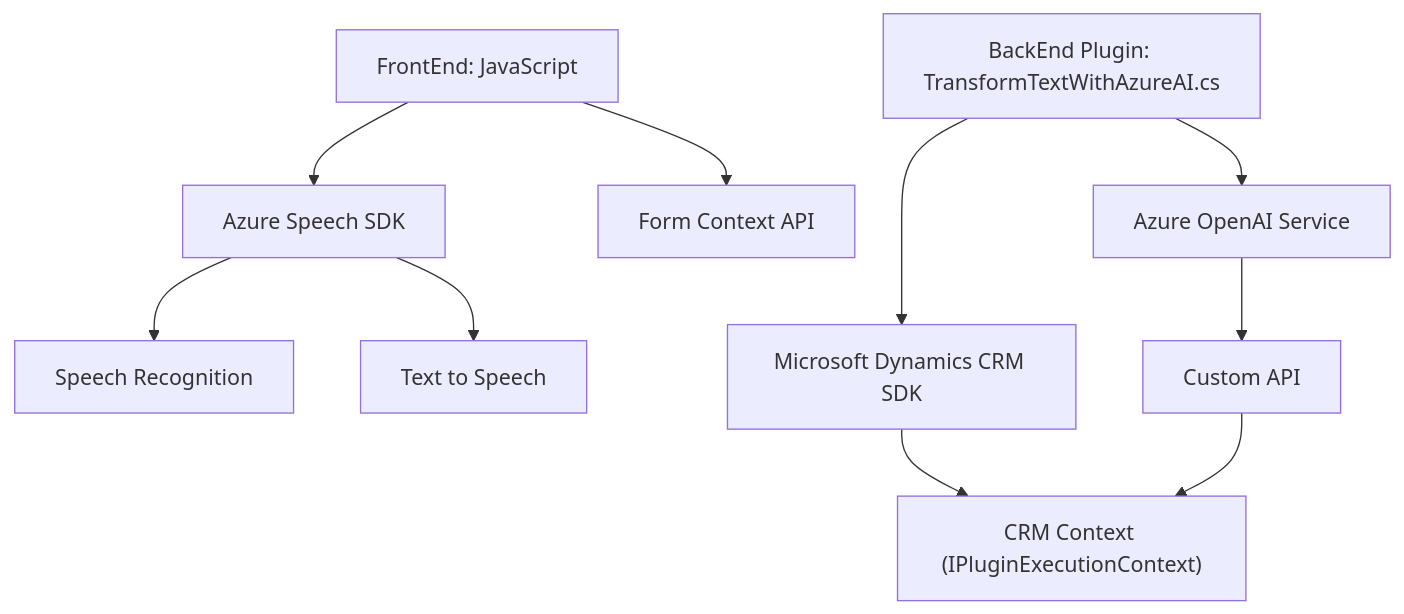
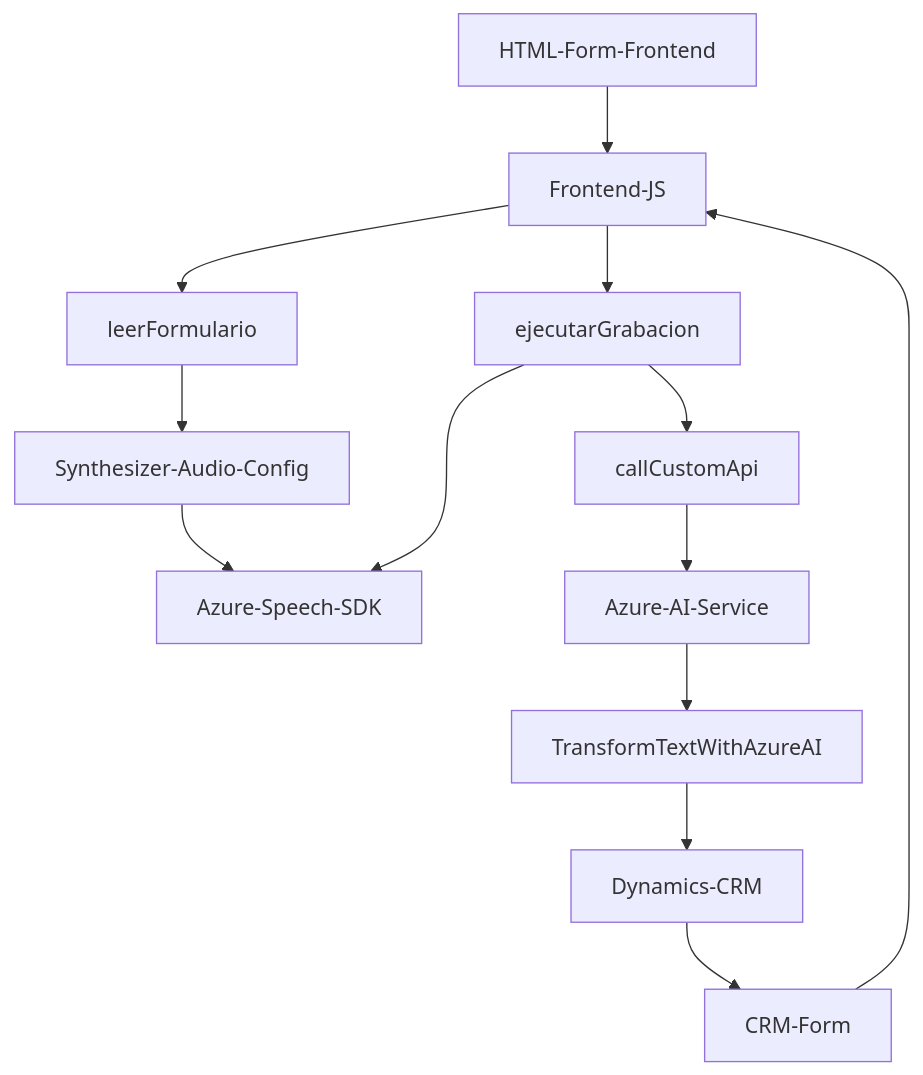
Before and after one commit to blopezdm/NETCORE_BILBAO2025: the diagram in README.md, drawn with Mermaid. The commit also changed other lines of this file, not shown here.

````diff
--- a/README.md
+++ b/README.md
@@ -40,13 +38,15 @@
 ```mermaid
 graph TD
-    A["FrontEnd: JavaScript"] --> B["Azure Speech SDK"]
-    A --> C["Form Context API"]
-    B --> D["Speech Recognition"]
-    B --> E["Text to Speech"]
-    F["BackEnd Plugin: TransformTextWithAzureAI.cs"]
-    F --> G["Microsoft Dynamics CRM SDK"]
-    F --> I["Azure OpenAI Service"]
-    G --> J["CRM Context (IPluginExecutionContext)"]
-    H["Custom API"] --> J
-    I --> H
+    A["HTML-Form-Frontend"] --> B["Frontend-JS"]
+    B --> C1["leerFormulario"]
+    B --> C2["ejecutarGrabacion"]
+    C2 --> D["Azure-Speech-SDK"]
+    C1 --> E["Synthesizer-Audio-Config"]
+    E --> D
+    C2 --> F["callCustomApi"]
+    F --> G["Azure-AI-Service"]
+    G --> H["TransformTextWithAzureAI"]
+    H --> I["Dynamics-CRM"]
+    I --> J["CRM-Form"]
+    J --> B
 ```
````
